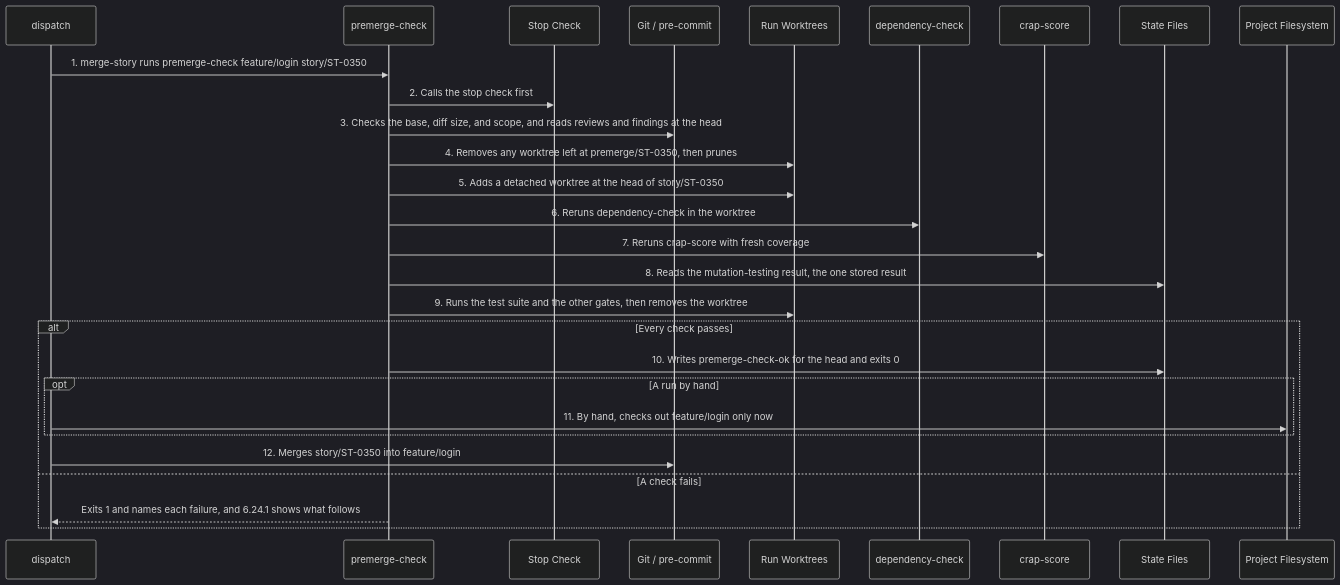
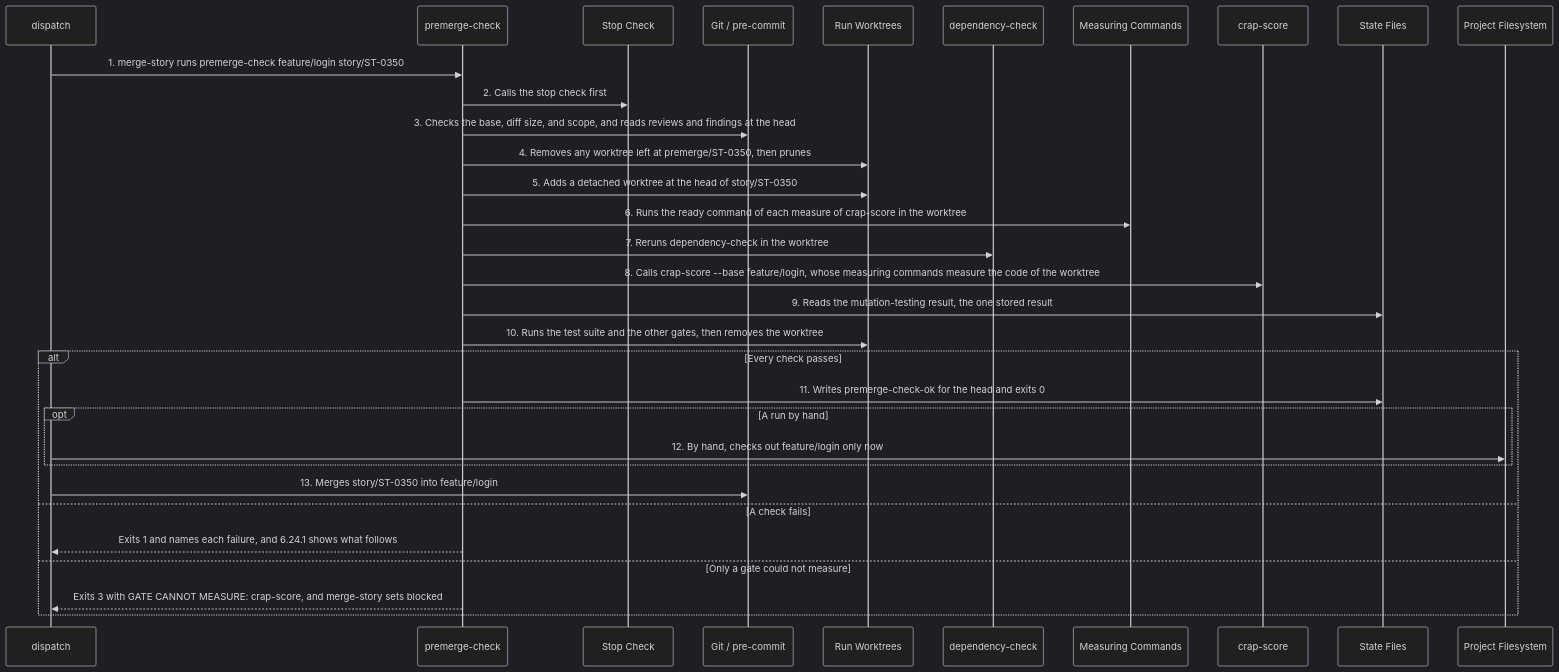
Diagram 33 of 36 in docs/arc42/06_runtime_view.md (matthiasdaues/agent_factory), drawn with Mermaid (dark theme) before and after one commit. The commit also changed other lines of this file and 97 other files, not shown here.

First line of the commit message:
docs: specify and architect the CRAP gate setup

````diff
--- a/docs/arc42/06_runtime_view.md
+++ b/docs/arc42/06_runtime_view.md
@@ -1373,31 +1374,35 @@
 ```mermaid
 sequenceDiagram
     participant D as dispatch
     participant PC as premerge-check
     participant SC as Stop Check
     participant G as Git / pre-commit
     participant RW as Run Worktrees
     participant DC as dependency-check
+    participant MC as Measuring Commands
     participant CS as crap-score
     participant SF as State Files
     participant PF as Project Filesystem
 
     D->>PC: 1. merge-story runs premerge-check feature/login story/ST-0350
     PC->>SC: 2. Calls the stop check first
     PC->>G: 3. Checks the base, diff size, and scope, and reads reviews and findings at the head
     PC->>RW: 4. Removes any worktree left at premerge/ST-0350, then prunes
     PC->>RW: 5. Adds a detached worktree at the head of story/ST-0350
-    PC->>DC: 6. Reruns dependency-check in the worktree
-    PC->>CS: 7. Reruns crap-score with fresh coverage
-    PC->>SF: 8. Reads the mutation-testing result, the one stored result
-    PC->>RW: 9. Runs the test suite and the other gates, then removes the worktree
+    PC->>MC: 6. Runs the ready command of each measure of crap-score in the worktree
+    PC->>DC: 7. Reruns dependency-check in the worktree
+    PC->>CS: 8. Calls crap-score --base feature/login, whose measuring commands measure the code of the worktree
+    PC->>SF: 9. Reads the mutation-testing result, the one stored result
+    PC->>RW: 10. Runs the test suite and the other gates, then removes the worktree
     alt Every check passes
-        PC->>SF: 10. Writes premerge-check-ok for the head and exits 0
+        PC->>SF: 11. Writes premerge-check-ok for the head and exits 0
         opt A run by hand
-            D->>PF: 11. By hand, checks out feature/login only now
+            D->>PF: 12. By hand, checks out feature/login only now
         end
-        D->>G: 12. Merges story/ST-0350 into feature/login
+        D->>G: 13. Merges story/ST-0350 into feature/login
     else A check fails
         PC-->>D: Exits 1 and names each failure, and 6.24.1 shows what follows
+    else Only a gate could not measure
+        PC-->>D: Exits 3 with GATE CANNOT MEASURE: crap-score, and merge-story sets blocked
     end
 ```
````
